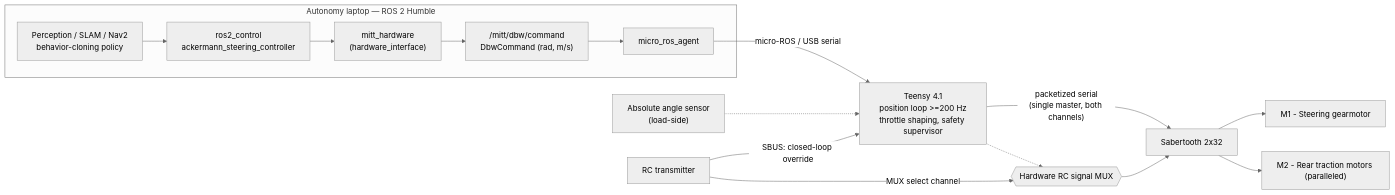
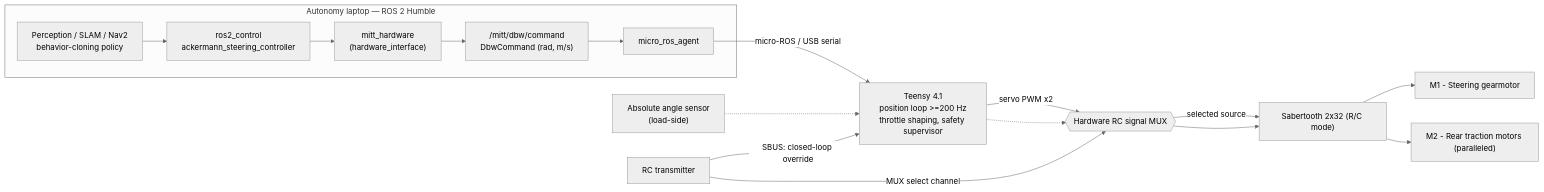
Before and after one commit to jrkwon/mrider: the first of 3 diagrams in docs/design/architecture.md, drawn with Mermaid (neutral theme). The commit also changed other lines of this file and 13 other files, not shown here.

First line of the commit message:
Close the last two D3 checklist items; revert Sabertooth to R/C PWM mode

````diff
--- a/docs/design/architecture.md
+++ b/docs/design/architecture.md
@@ -101,24 +101,25 @@
 ```mermaid
 flowchart LR
     subgraph LAPTOP["Autonomy laptop — ROS 2 Humble"]
         AUT["Perception / SLAM / Nav2<br/>behavior-cloning policy"]
         RC2["ros2_control<br/>ackermann_steering_controller"]
         HW["mitt_hardware<br/>(hardware_interface)"]
         CMD["/mitt/dbw/command<br/>DbwCommand (rad, m/s)"]
         AGENT["micro_ros_agent"]
         AUT --> RC2 --> HW --> CMD --> AGENT
     end
 
     AGENT -- "micro-ROS / USB serial" --> TEENSY["Teensy 4.1<br/>position loop >=200 Hz<br/>throttle shaping, safety supervisor"]
 
-    TEENSY -- "packetized serial<br/>(single master, both channels)" --> SABER["Sabertooth 2x32"]
+    TEENSY -- "servo PWM x2" --> SMUX
+    SMUX -- "selected source" --> SABER["Sabertooth 2x32 (R/C mode)"]
     SABER --> STEERM["M1 - Steering gearmotor"]
     SABER --> DRIVEM["M2 - Rear traction motors (paralleled)"]
 
     ANG["Absolute angle sensor<br/>(load-side)"] -.-> TEENSY
 
     RC["RC transmitter"] -- "SBUS: closed-loop override" --> TEENSY
     RC -- "MUX select channel" --> SMUX{{"Hardware RC signal MUX"}}
     TEENSY -.-> SMUX
     SMUX --> SABER
 ```
````
